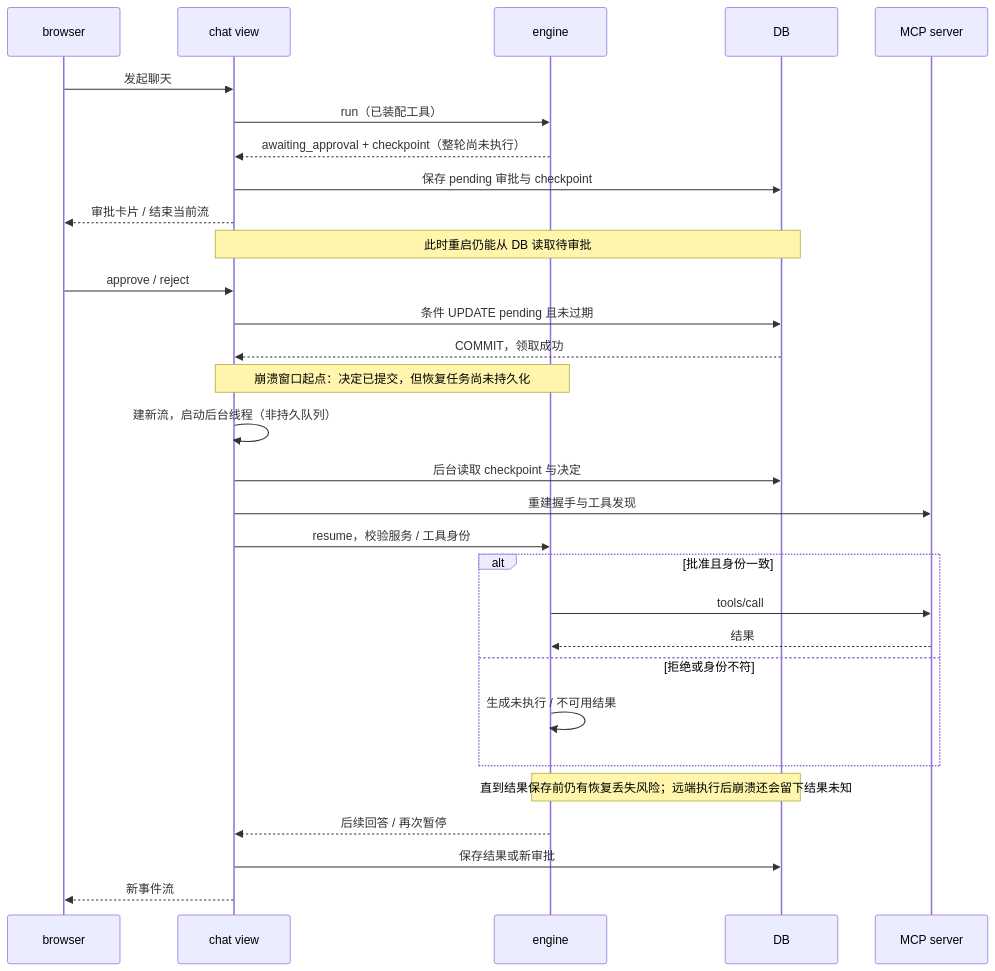
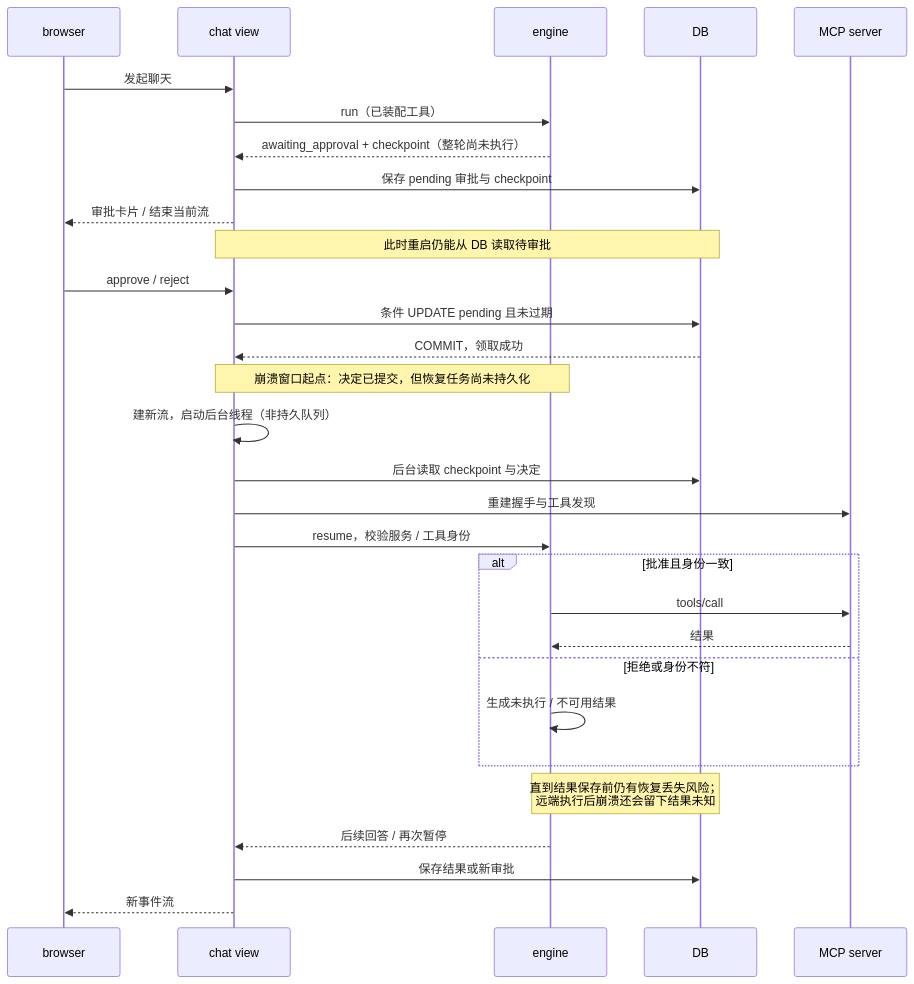
One commit to gjjkbssg/KnowAgent changed the diagram in interview_materials/07_工程深挖_PR8-12.md. Above: the diagram before and after it, drawn with Mermaid.

Commit message:
docs: fix rendering in 07 deep-dive (#16)

````diff
--- a/interview_materials/07_工程深挖_PR8-12.md
+++ b/interview_materials/07_工程深挖_PR8-12.md
@@ -477,32 +477,32 @@
 ```mermaid
 sequenceDiagram
     participant B as browser
     participant V as chat view
     participant E as engine
     participant D as DB
     participant M as MCP server
     B->>V: 发起聊天
     V->>E: run（已装配工具）
     E-->>V: awaiting_approval + checkpoint（整轮尚未执行）
     V->>D: 保存 pending 审批与 checkpoint
     V-->>B: 审批卡片 / 结束当前流
     Note over V,D: 此时重启仍能从 DB 读取待审批
     B->>V: approve / reject
     V->>D: 条件 UPDATE pending 且未过期
     D-->>V: COMMIT，领取成功
     Note over V,E: 崩溃窗口起点：决定已提交，但恢复任务尚未持久化
     V->>V: 建新流，启动后台线程（非持久队列）
     V->>D: 后台读取 checkpoint 与决定
     V->>M: 重建握手与工具发现
     V->>E: resume，校验服务 / 工具身份
     alt 批准且身份一致
         E->>M: tools/call
         M-->>E: 结果
     else 拒绝或身份不符
         E->>E: 生成未执行 / 不可用结果
     end
-    Note over E,D: 直到结果保存前仍有恢复丢失风险；远端执行后崩溃还会留下结果未知
+    Note over E,D: 直到结果保存前仍有恢复丢失风险；<br/>远端执行后崩溃还会留下结果未知
     E-->>V: 后续回答 / 再次暂停
     V->>D: 保存结果或新审批
     V-->>B: 新事件流
 ```
````
